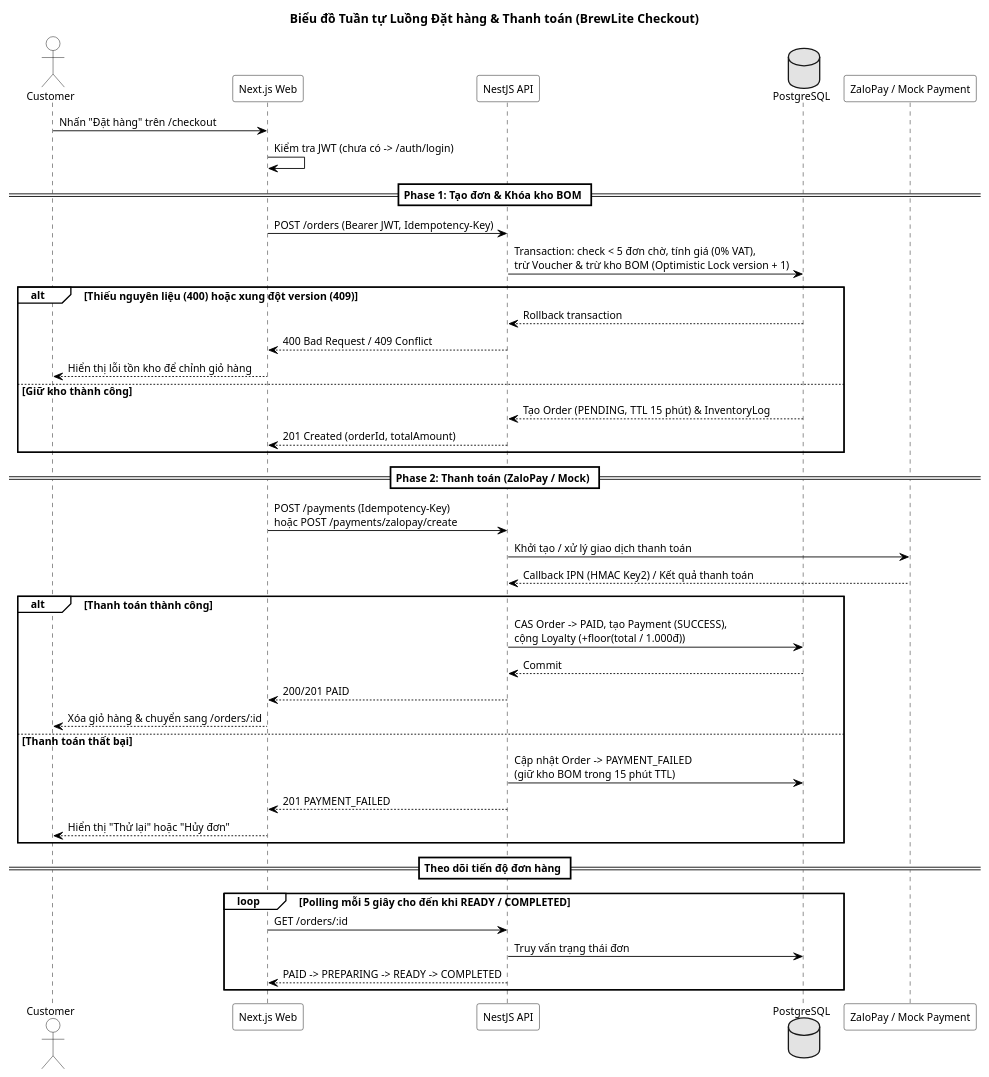
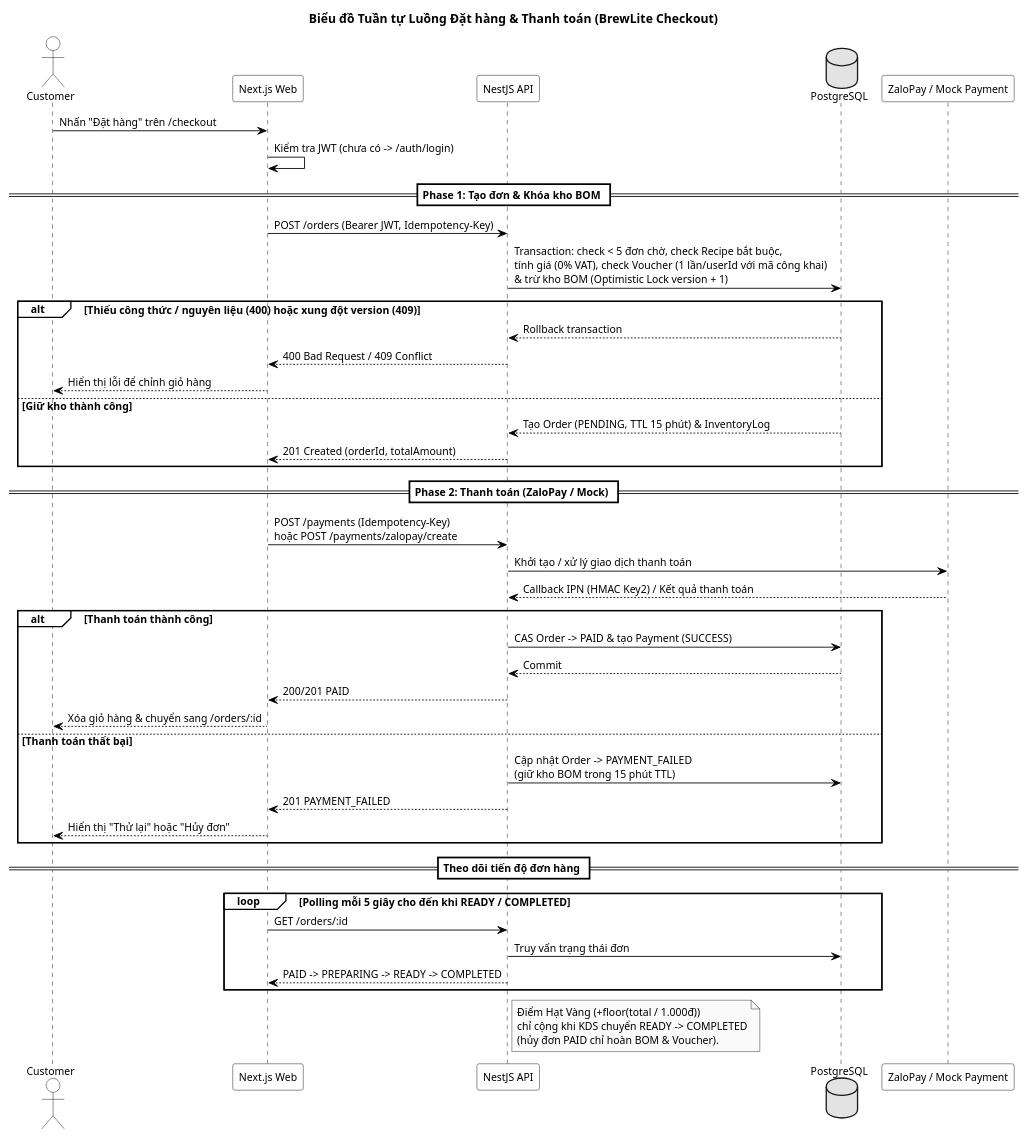
One commit to MaGiaVy/BrewLite_project changed the diagram in docs/diagrams/sequence-checkout.puml. Above: the diagram before and after it, drawn with PlantUML. The commit also changed 24 other files, not shown here.

Commit message:
feat(web,docs): add multi-ingredient per-size recipes in admin, update loyalty copy, sync SRS/UML/OpenAPI/report with PR #49

```diff
--- a/docs/diagrams/sequence-checkout.puml
+++ b/docs/diagrams/sequence-checkout.puml
@@ -1,74 +1,79 @@
 @startuml
 skinparam monochrome true
 skinparam shadowing false
 skinparam backgroundColor #FFFFFF
 skinparam defaultFontName "Arial"
 skinparam defaultFontSize 12
 skinparam ArrowColor #000000
 skinparam sequence {
   LifeLineBorderColor #000000
   LifeLineBackgroundColor #FFFFFF
   ParticipantBorderColor #000000
   ParticipantBackgroundColor #FFFFFF
   ActorBorderColor #000000
   ActorBackgroundColor #FFFFFF
   DatabaseBorderColor #000000
   DatabaseBackgroundColor #FFFFFF
   GroupBorderColor #000000
   GroupBackgroundColor #FFFFFF
   GroupHeaderFontStyle bold
   DividerBackgroundColor #FFFFFF
   DividerBorderColor #000000
 }
 
 title Biểu đồ Tuần tự Luồng Đặt hàng & Thanh toán (BrewLite Checkout)
 
 actor "Customer" as Customer
 participant "Next.js Web" as Web
 participant "NestJS API" as API
 database "PostgreSQL" as DB
 participant "ZaloPay / Mock Payment" as Gateway
 
 Customer -> Web : Nhấn "Đặt hàng" trên /checkout
 Web -> Web : Kiểm tra JWT (chưa có -> /auth/login)
 
 == Phase 1: Tạo đơn & Khóa kho BOM ==
 
 Web -> API : POST /orders (Bearer JWT, Idempotency-Key)
-API -> DB : Transaction: check < 5 đơn chờ, tính giá (0% VAT),\ntrừ Voucher & trừ kho BOM (Optimistic Lock version + 1)
+API -> DB : Transaction: check < 5 đơn chờ, check Recipe bắt buộc,\ntính giá (0% VAT), check Voucher (1 lần/userId với mã công khai)\n& trừ kho BOM (Optimistic Lock version + 1)
 
-alt Thiếu nguyên liệu (400) hoặc xung đột version (409)
+alt Thiếu công thức / nguyên liệu (400) hoặc xung đột version (409)
   DB --> API : Rollback transaction
   API --> Web : 400 Bad Request / 409 Conflict
-  Web --> Customer : Hiển thị lỗi tồn kho để chỉnh giỏ hàng
+  Web --> Customer : Hiển thị lỗi để chỉnh giỏ hàng
 else Giữ kho thành công
   DB --> API : Tạo Order (PENDING, TTL 15 phút) & InventoryLog
   API --> Web : 201 Created (orderId, totalAmount)
 end
 
 == Phase 2: Thanh toán (ZaloPay / Mock) ==
 
 Web -> API : POST /payments (Idempotency-Key)\nhoặc POST /payments/zalopay/create
 API -> Gateway : Khởi tạo / xử lý giao dịch thanh toán
 Gateway --> API : Callback IPN (HMAC Key2) / Kết quả thanh toán
 
 alt Thanh toán thành công
-  API -> DB : CAS Order -> PAID, tạo Payment (SUCCESS),\ncộng Loyalty (+floor(total / 1.000đ))
+  API -> DB : CAS Order -> PAID & tạo Payment (SUCCESS)
   DB --> API : Commit
   API --> Web : 200/201 PAID
   Web --> Customer : Xóa giỏ hàng & chuyển sang /orders/:id
 else Thanh toán thất bại
   API -> DB : Cập nhật Order -> PAYMENT_FAILED\n(giữ kho BOM trong 15 phút TTL)
   API --> Web : 201 PAYMENT_FAILED
   Web --> Customer : Hiển thị "Thử lại" hoặc "Hủy đơn"
 end
 
 == Theo dõi tiến độ đơn hàng ==
 
 loop Polling mỗi 5 giây cho đến khi READY / COMPLETED
   Web -> API : GET /orders/:id
   API -> DB : Truy vấn trạng thái đơn
   API --> Web : PAID -> PREPARING -> READY -> COMPLETED
 end
+note right of API
+  Điểm Hạt Vàng (+floor(total / 1.000đ))
+  chỉ cộng khi KDS chuyển READY -> COMPLETED
+  (hủy đơn PAID chỉ hoàn BOM & Voucher).
+end note
 
 @enduml
```
